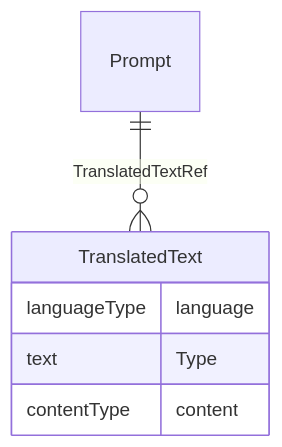
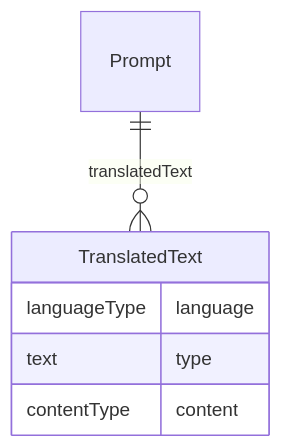
Before and after one commit to cdisc-org/DataExchange-ODM-LinkML: the diagram in docs/Prompt.md, drawn with Mermaid. The commit also changed other lines of this file and 759 other files, not shown here.

````diff
--- a/docs/Prompt.md
+++ b/docs/Prompt.md
@@ -11,14 +11,14 @@
 ```mermaid
 erDiagram
 Prompt {
 
 }
 TranslatedText {
     languageType language  
-    text Type  
+    text type  
     contentType content  
 }
 
-Prompt ||--}o TranslatedText : "TranslatedTextRef"
+Prompt ||--}o TranslatedText : "translatedText"
 
 ```
````
